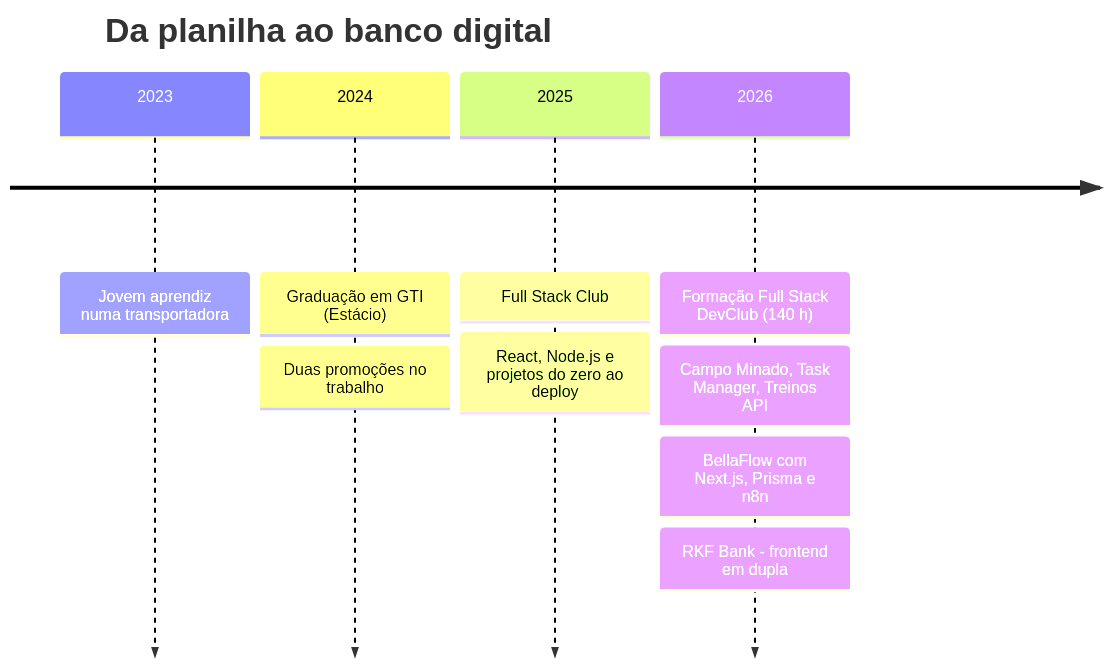
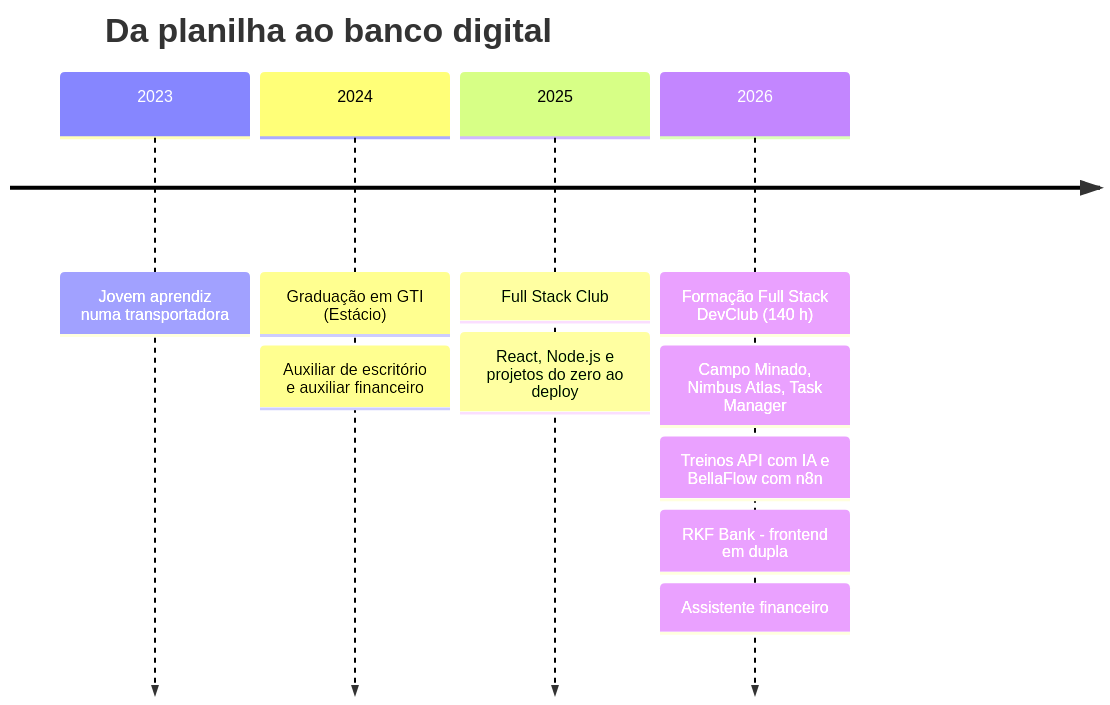
The third of 14 diagrams in README.md (renanbarrostech-cmd/renanbarrostech-cmd), drawn with Mermaid before and after one commit. The commit also changed other lines of this file and 31 other files, not shown here.

````diff
--- a/README.md
+++ b/README.md
@@ -194,13 +254,14 @@
 ```mermaid
 timeline
     title Da planilha ao banco digital
     2023 : Jovem aprendiz numa transportadora
     2024 : Graduação em GTI (Estácio)
-         : Duas promoções no trabalho
+         : Auxiliar de escritório e auxiliar financeiro
     2025 : Full Stack Club
          : React, Node.js e projetos do zero ao deploy
     2026 : Formação Full Stack DevClub (140 h)
-         : Campo Minado, Task Manager, Treinos API
-         : BellaFlow com Next.js, Prisma e n8n
+         : Campo Minado, Nimbus Atlas, Task Manager
+         : Treinos API com IA e BellaFlow com n8n
          : RKF Bank - frontend em dupla
+         : Assistente financeiro
 ```
````
